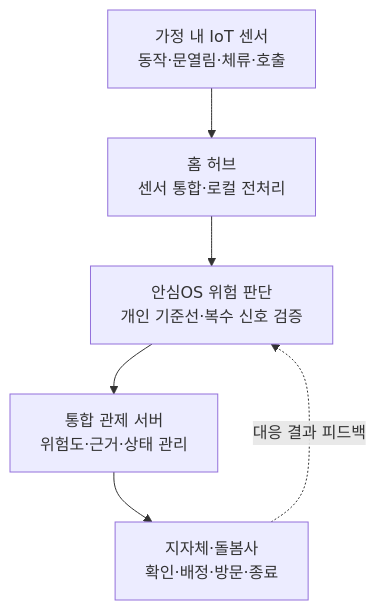
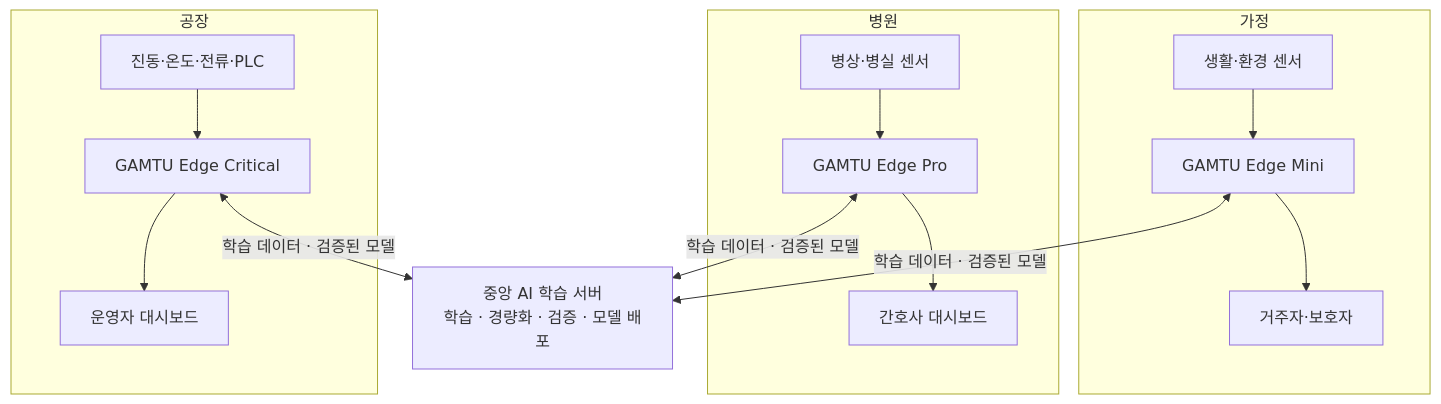
The diagram in README.md (intel7-gamtu/team-docs), drawn with Mermaid before and after one commit. The commit also changed other lines of this file and 10 other files, not shown here.

First line of the commit message:
docs: update README for GAMTU Edge and add project image

````diff
--- a/README.md
+++ b/README.md
@@ -24,8 +32,23 @@
 ```mermaid
 flowchart TB
-    A["가정 내 IoT 센서<br/>동작·문열림·체류·호출"] --> B["홈 허브<br/>센서 통합·로컬 전처리"]
-    B --> C["안심OS 위험 판단<br/>개인 기준선·복수 신호 검증"]
-    C --> D["통합 관제 서버<br/>위험도·근거·상태 관리"]
-    D --> E["지자체·돌봄사<br/>확인·배정·방문·종료"]
-    E -. "대응 결과 피드백" .-> C
+    C["중앙 AI 학습 서버<br/>학습 · 경량화 · 검증 · 모델 배포"]
+
+    subgraph H[가정]
+        HS["생활·환경 센서"] --> HE["GAMTU Edge Mini"]
+        HE --> HU["거주자·보호자"]
+    end
+
+    subgraph M[병원]
+        MS["병상·병실 센서"] --> ME["GAMTU Edge Pro"]
+        ME --> MU["간호사 대시보드"]
+    end
+
+    subgraph F[공장]
+        FS["진동·온도·전류·PLC"] --> FE["GAMTU Edge Critical"]
+        FE --> FU["운영자 대시보드"]
+    end
+
+    HE <-->|"학습 데이터 · 검증된 모델"| C
+    ME <-->|"학습 데이터 · 검증된 모델"| C
+    FE <-->|"학습 데이터 · 검증된 모델"| C
 ```
````
